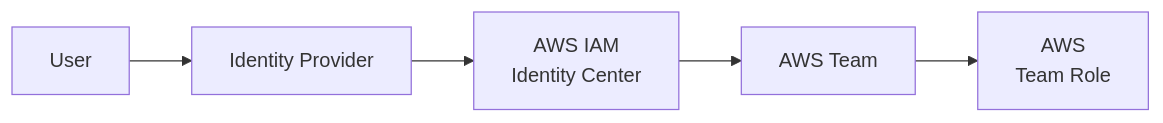
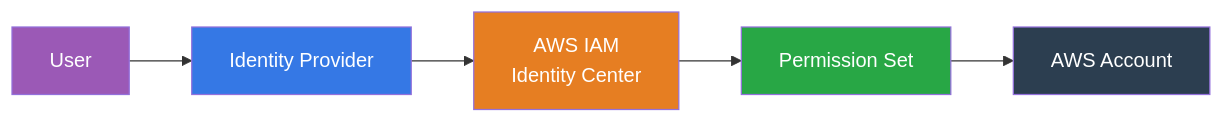
Before and after one commit to cloudposse/docs: the first of 2 diagrams in docs/layers/identity/identity.mdx, drawn with Mermaid. The commit also changed other lines of this file and 660 other files, not shown here.

````diff
--- a/docs/layers/identity/identity.mdx
+++ b/docs/layers/identity/identity.mdx
@@ -103,7 +101,13 @@
 ```mermaid
 flowchart LR
     user["User"] --> idp["Identity Provider"]
     idp --> identity_center["AWS IAM\nIdentity Center"]
-    identity_center --> aws_team["AWS Team"]
-    aws_team --> aws_team_role["AWS\nTeam Role"]
+    identity_center --> permission_set["Permission Set"]
+    permission_set --> account["AWS Account"]
+
+    style user fill:#9b59b6,color:#fff
+    style idp fill:#3578e5,color:#fff
+    style identity_center fill:#e67e22,color:#fff
+    style permission_set fill:#28a745,color:#fff
+    style account fill:#2c3e50,color:#fff
 ```
````
